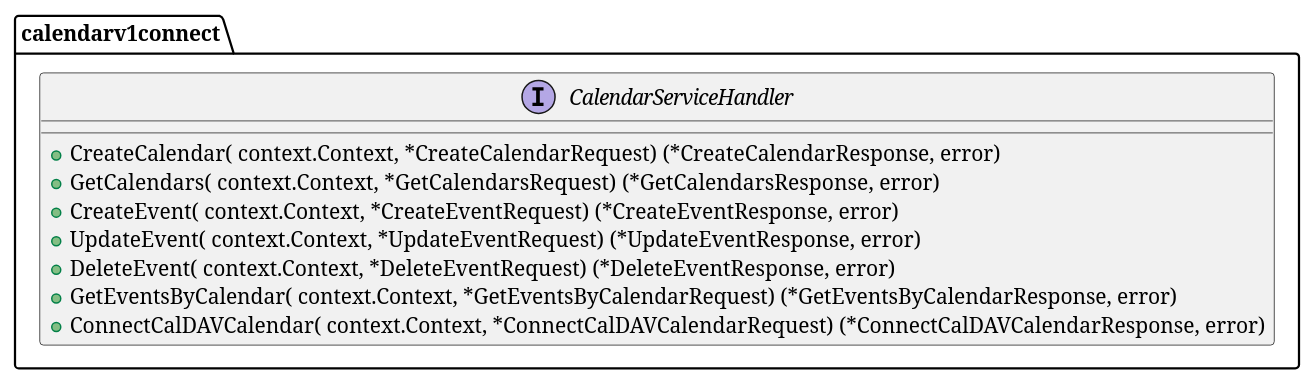
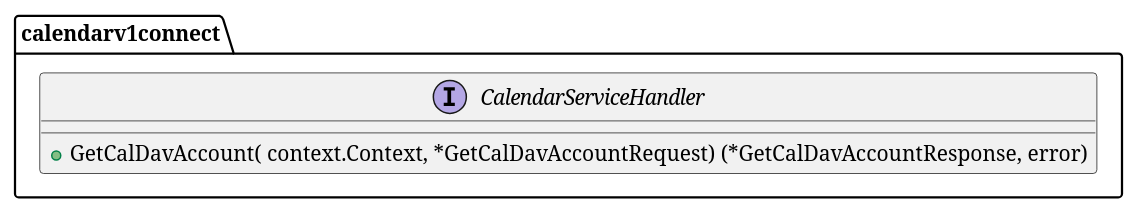
Before and after one commit to jadwalapp/symmetrical-spoon: the third of 11 diagrams in docs/diagrams/class/class-diagram.puml, drawn with PlantUML. The commit also changed 12 other files, not shown here.

```diff
--- a/docs/diagrams/class/class-diagram.puml
+++ b/docs/diagrams/class/class-diagram.puml
@@ -62,13 +62,7 @@
 @startuml calendarv1
 namespace calendarv1connect {
     interface CalendarServiceHandler  {
-        + CreateCalendar( context.Context,  *CreateCalendarRequest) (*CreateCalendarResponse, error)
-        + GetCalendars( context.Context,  *GetCalendarsRequest) (*GetCalendarsResponse, error)
-        + CreateEvent( context.Context,  *CreateEventRequest) (*CreateEventResponse, error)
-        + UpdateEvent( context.Context,  *UpdateEventRequest) (*UpdateEventResponse, error)
-        + DeleteEvent( context.Context,  *DeleteEventRequest) (*DeleteEventResponse, error)
-        + GetEventsByCalendar( context.Context,  *GetEventsByCalendarRequest) (*GetEventsByCalendarResponse, error)
-        + ConnectCalDAVCalendar( context.Context,  *ConnectCalDAVCalendarRequest) (*ConnectCalDAVCalendarResponse, error)
+        + GetCalDavAccount( context.Context,  *GetCalDavAccountRequest) (*GetCalDavAccountResponse, error)
     }
 }
 @enduml
```
